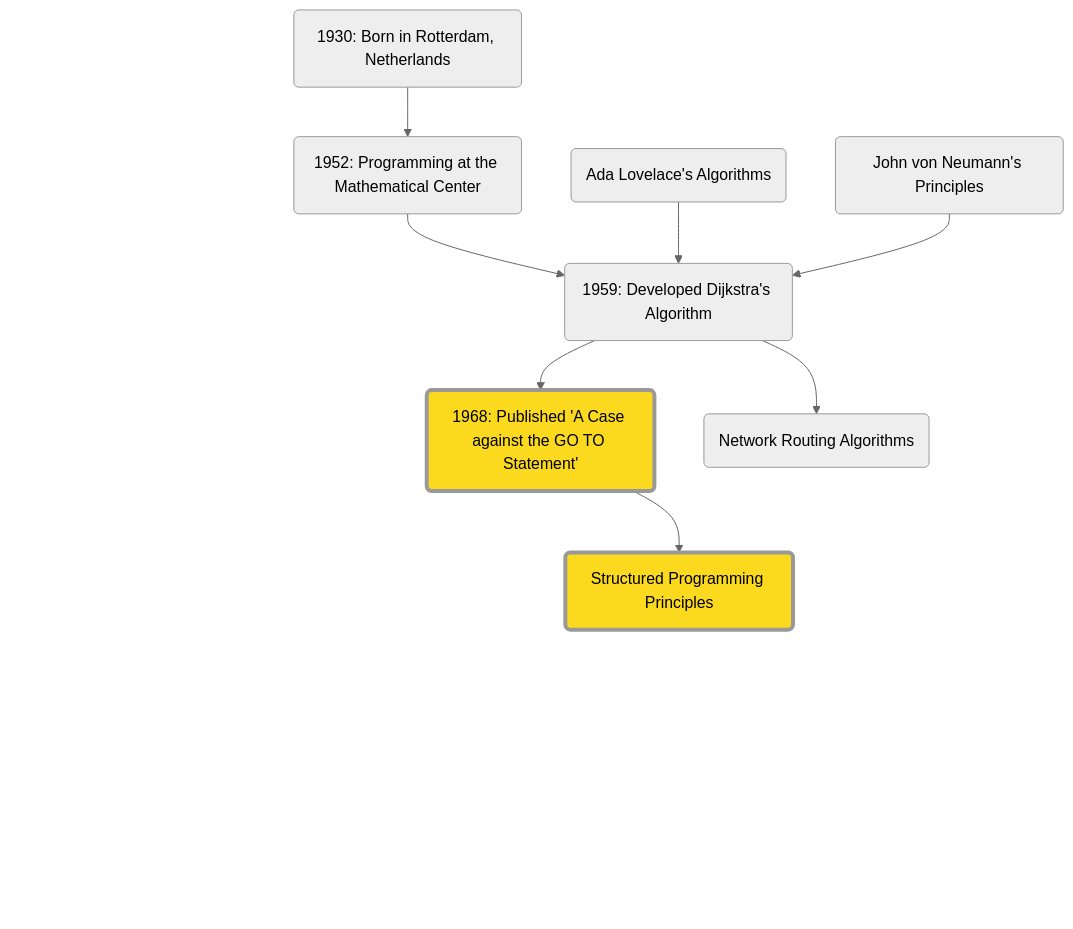
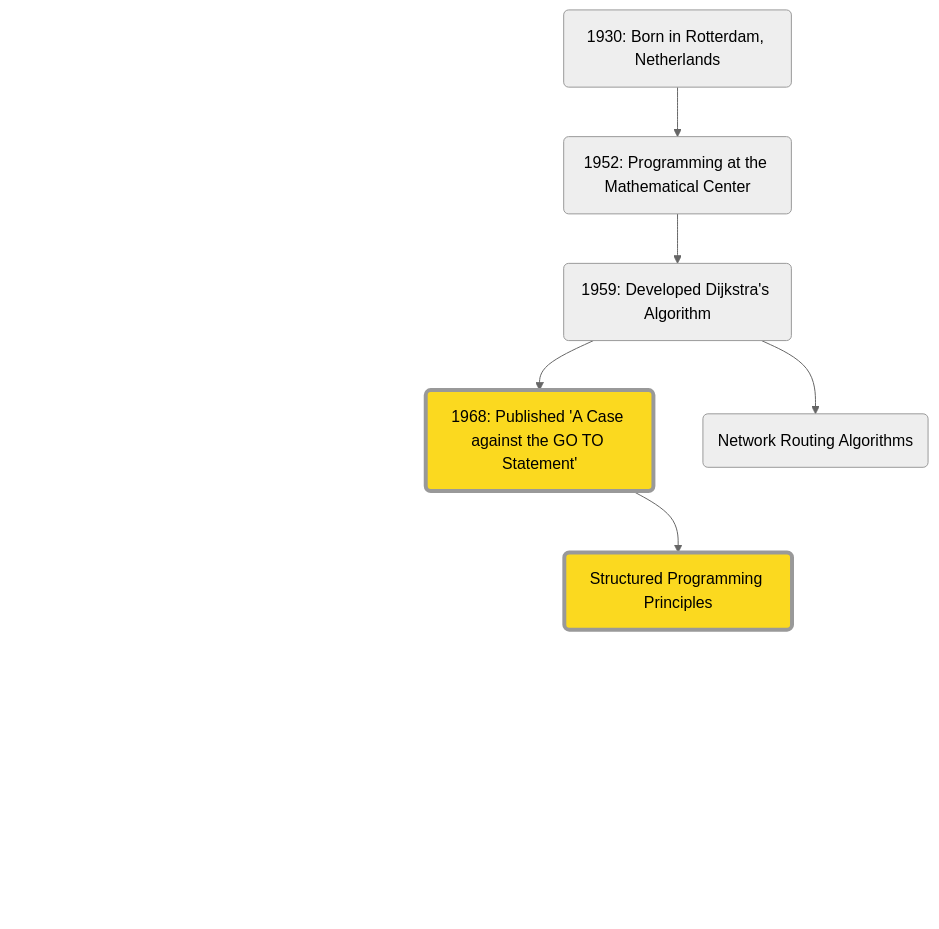
One commit to Furkanzmc/cppnorth-2024-shoulders-we-stand-on changed the second of 5 diagrams in pages/act-2.md. Above: the diagram before and after it, drawn with Mermaid (neutral theme). The commit also changed other lines of this file and 5 other files, not shown here.

````diff
--- a/pages/act-2.md
+++ b/pages/act-2.md
@@ -256,30 +243,26 @@
 ```mermaid {scale: 0.65}
 graph TD
     %% Edsger W. Dijkstra's life
     A(1930: Born in Rotterdam, Netherlands) --> B(1952: Programming at the Mathematical Center)
     B --> C(1959: Developed Dijkstra's Algorithm)
     C --> D(1968: Published 'A Case against the GO TO Statement')
     D --> E(1965: Semaphore Concept in 'Coordinating Concurrent Processes')
     E --> F(1971: Introduced Dining Philosophers Problem)
     F --> G(1984: Turing Award for contributions to programming languages)
-
-    %% Influences on Dijkstra
-    X1(Ada Lovelace's Algorithms) --> C
-    X2(John von Neumann's Principles) --> C
 
     %% Dijkstra's influences on others
     C --> Y1(Network Routing Algorithms)
     D --> Y2(Structured Programming Principles)
     E --> Y3(Research in Distributed Systems)
     F --> Y4(Concepts in Concurrent Programming)
 
     classDef grayout fill:transparent,stroke:transparent,stroke-width:0px,color:transparent;
     classDef highlight fill:#fbd91f,stroke:#33,stroke-width:4px;
 
     class D highlight;
     class Y2 highlight;
     
     class E,F,G,Y3,Y4 grayout;
 
-    linkStyle 3,4,5,10,11 display:none;
+    linkStyle 3,4,5,8,9 display:none;
 ```
````
